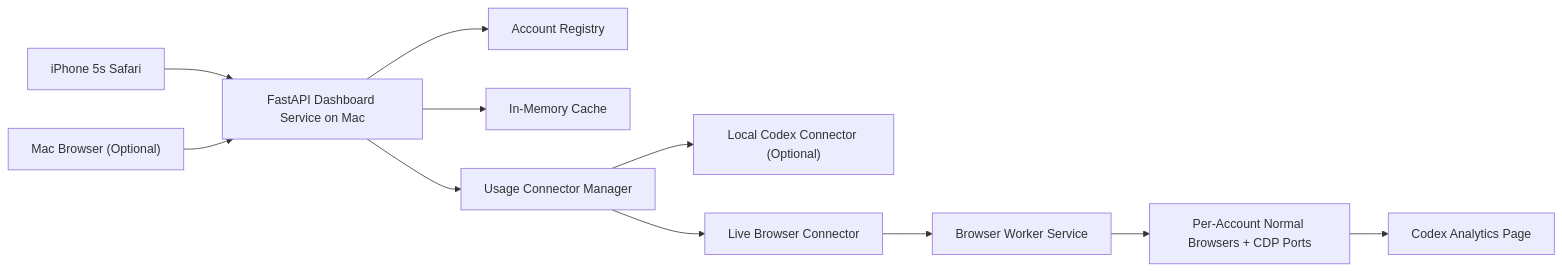
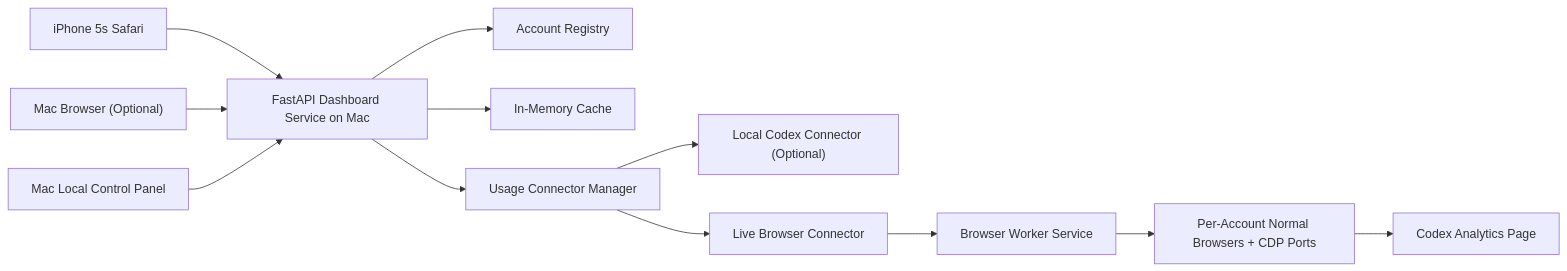
The first of 3 diagrams in TECH_ARCHITECTURE.md (gbs00/Token_BI), drawn with Mermaid before and after one commit. The commit also changed other lines of this file and 24 other files, not shown here.

Commit message:
Add local control panel and resilient account onboarding

````diff
--- a/TECH_ARCHITECTURE.md
+++ b/TECH_ARCHITECTURE.md
@@ -72,13 +75,14 @@
 ```mermaid
 flowchart LR
     A["iPhone 5s Safari"] --> B["FastAPI Dashboard Service on Mac"]
     C["Mac Browser (Optional)"] --> B
+    L["Mac Local Control Panel"] --> B
     B --> D["Account Registry"]
     B --> E["In-Memory Cache"]
     B --> F["Usage Connector Manager"]
     F --> G["Local Codex Connector (Optional)"]
     F --> H["Live Browser Connector"]
     H --> I["Browser Worker Service"]
     I --> J["Per-Account Normal Browsers + CDP Ports"]
     J --> K["Codex Analytics Page"]
 ```
````
